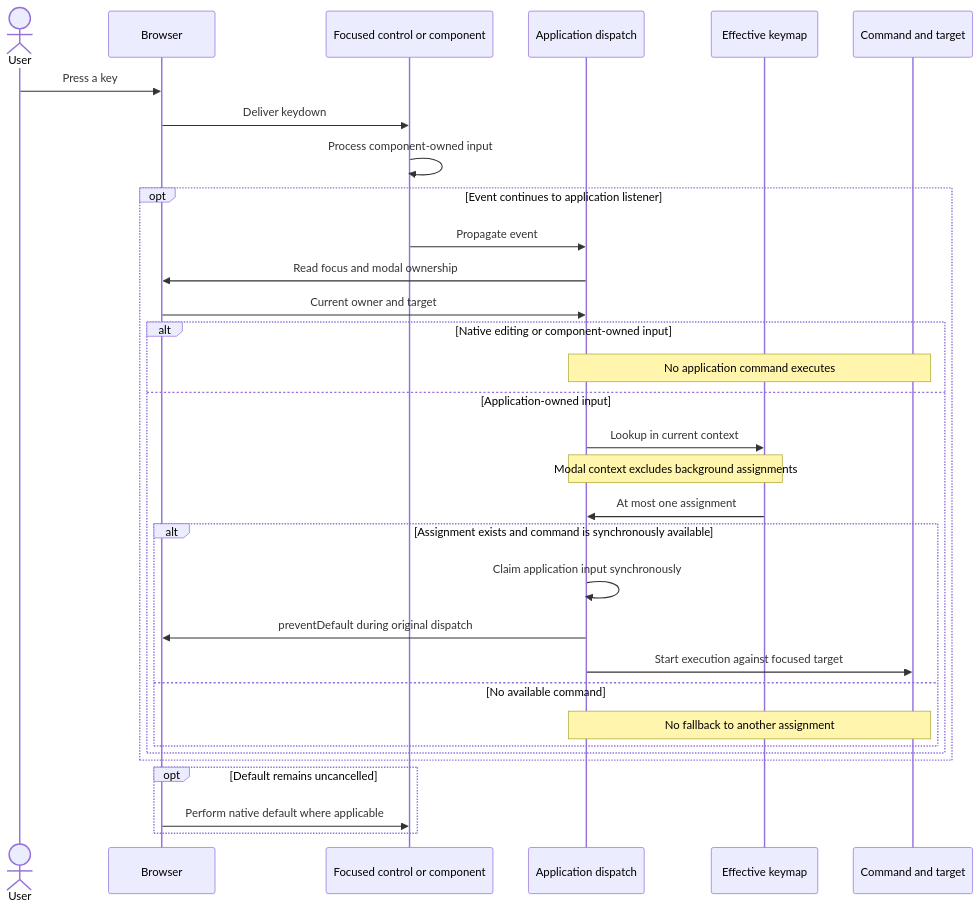
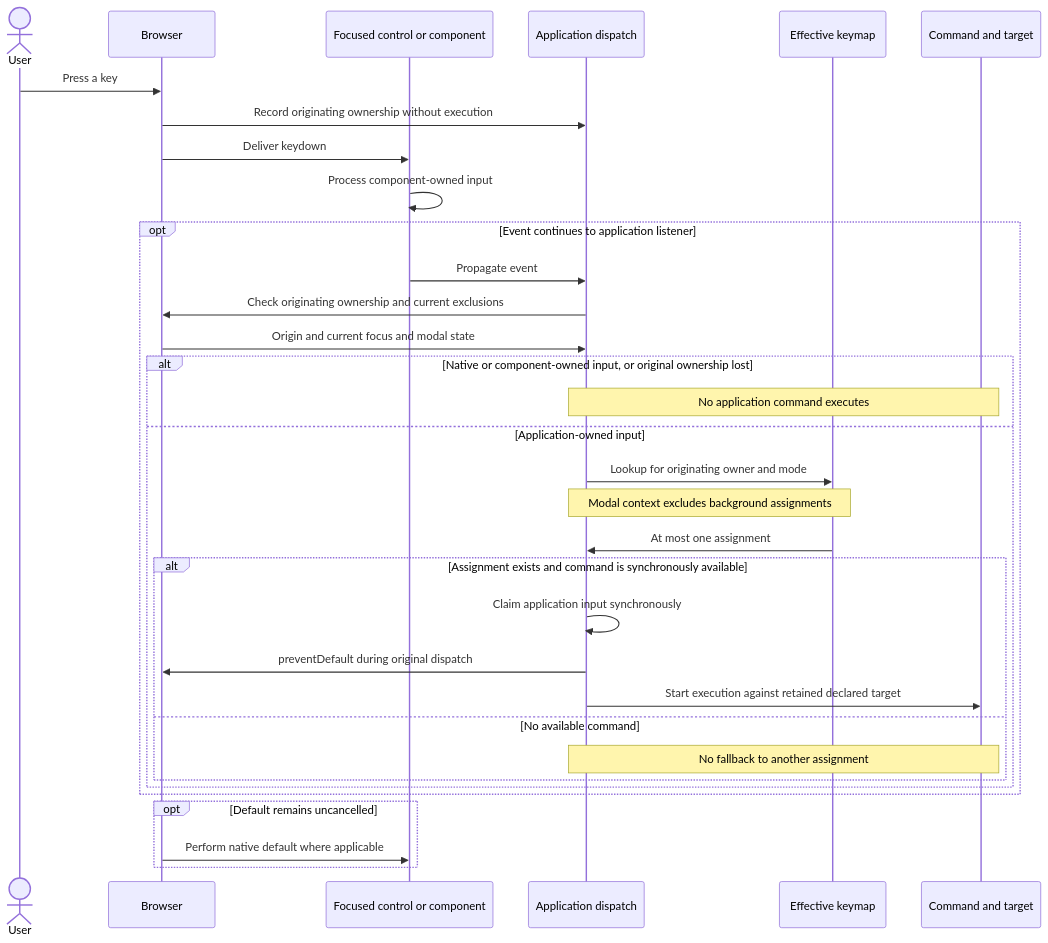
Before and after one commit to Comfy-Org/ComfyUI_frontend: the second of 4 diagrams in docs/adr/KEYBINDINGS-0054-conflict-free-keymaps-and-native-focus-ownership.md, drawn with Mermaid. The commit also changed other lines of this file, not shown here.

First line of the commit message:
fix: clarify keymap ownership and extension migration

````diff
--- a/docs/adr/KEYBINDINGS-0054-conflict-free-keymaps-and-native-focus-ownership.md
+++ b/docs/adr/KEYBINDINGS-0054-conflict-free-keymaps-and-native-focus-ownership.md
@@ -79,34 +89,35 @@
 ```mermaid
 sequenceDiagram
     actor User
     participant Browser
     participant Control as Focused control or component
     participant Dispatch as Application dispatch
     participant Keymap as Effective keymap
     participant Command as Command and target
     User->>Browser: Press a key
+    Browser->>Dispatch: Record originating ownership without execution
     Browser->>Control: Deliver keydown
     Control->>Control: Process component-owned input
     opt Event continues to application listener
         Control->>Dispatch: Propagate event
-        Dispatch->>Browser: Read focus and modal ownership
-        Browser->>Dispatch: Current owner and target
-        alt Native editing or component-owned input
+        Dispatch->>Browser: Check originating ownership and current exclusions
+        Browser->>Dispatch: Origin and current focus and modal state
+        alt Native or component-owned input, or original ownership lost
             Note over Dispatch,Command: No application command executes
         else Application-owned input
-            Dispatch->>Keymap: Lookup in current context
+            Dispatch->>Keymap: Lookup for originating owner and mode
             Note over Dispatch,Keymap: Modal context excludes background assignments
             Keymap->>Dispatch: At most one assignment
             alt Assignment exists and command is synchronously available
                 Dispatch->>Dispatch: Claim application input synchronously
                 Dispatch->>Browser: preventDefault during original dispatch
-                Dispatch->>Command: Start execution against focused target
+                Dispatch->>Command: Start execution against retained declared target
             else No available command
                 Note over Dispatch,Command: No fallback to another assignment
             end
         end
     end
     opt Default remains uncancelled
         Browser->>Control: Perform native default where applicable
     end
 ```
````
